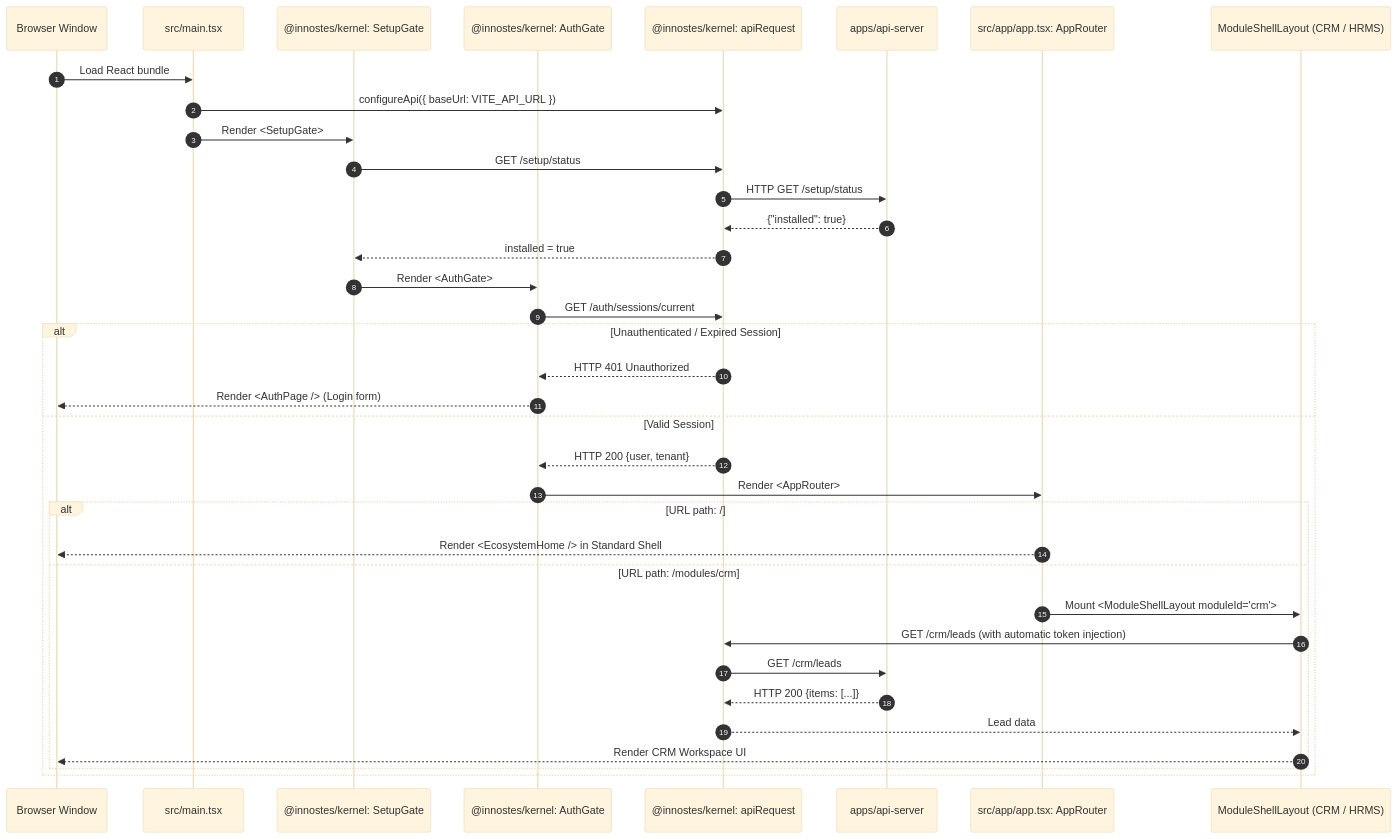
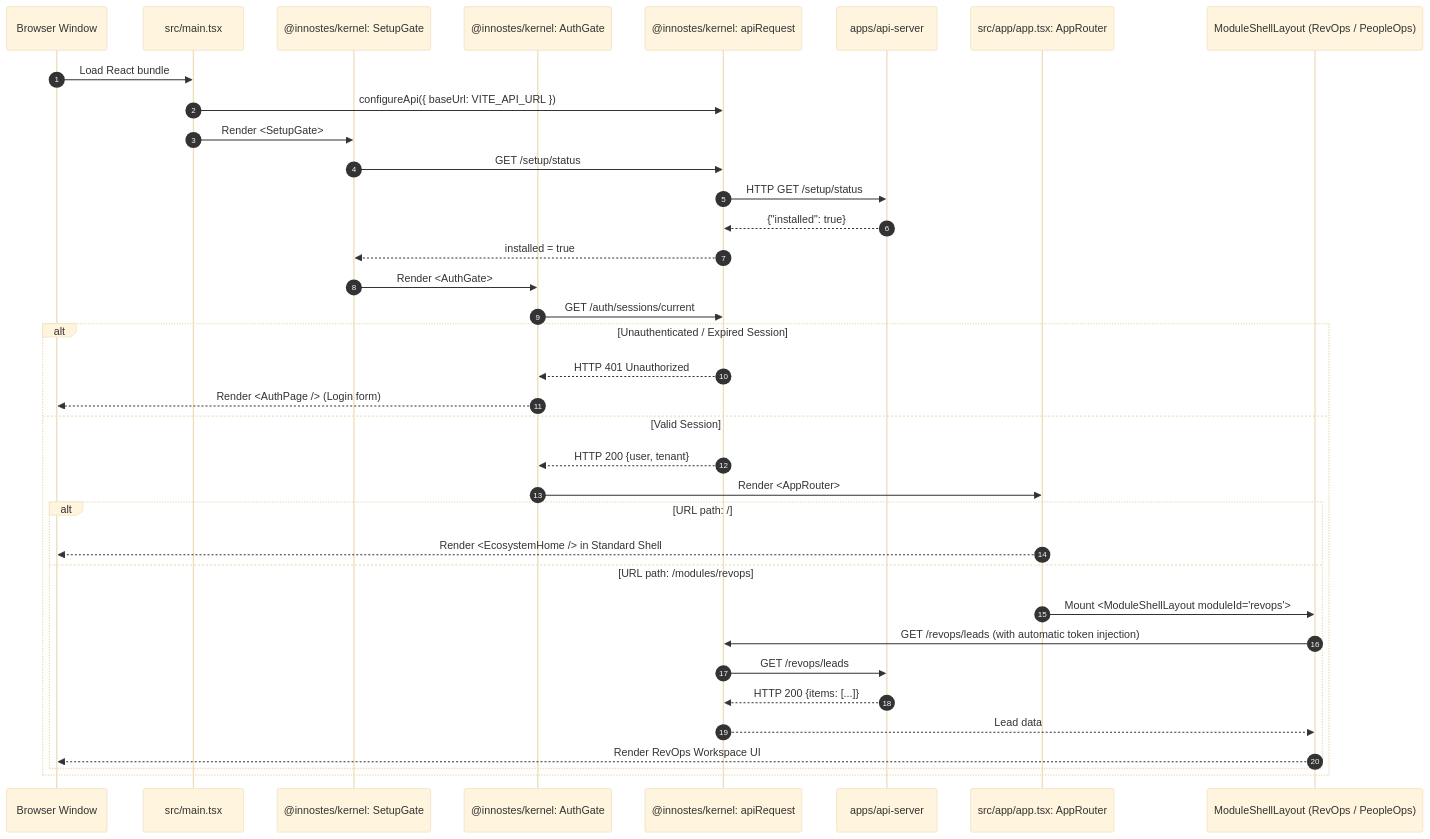
One commit to innostes-dev/erp changed the sixth of 7 diagrams in apps/landing/content/dev-docs/architecture/runtime-view.mdx. Above: the diagram before and after it, drawn with Mermaid (base theme). The commit also changed other lines of this file and 189 other files, not shown here.

Commit message:
feat(modules): adopt hybrid naming convention, implement 7 module dashboards, and remove legacy CRM/HRMS identifiers

````diff
--- a/apps/landing/content/dev-docs/architecture/runtime-view.mdx
+++ b/apps/landing/content/dev-docs/architecture/runtime-view.mdx
@@ -348,43 +348,43 @@
 ```mermaid
 sequenceDiagram
   autonumber
   participant Browser as Browser Window
   participant Main as src/main.tsx
   participant SetupGate as @innostes/kernel: SetupGate
   participant AuthGate as @innostes/kernel: AuthGate
   participant ApiClient as @innostes/kernel: apiRequest
   participant ApiServer as apps/api-server
   participant AppRouter as src/app/app.tsx: AppRouter
-  participant ModuleShell as ModuleShellLayout (CRM / HRMS)
+  participant ModuleShell as ModuleShellLayout (RevOps / PeopleOps)
 
   Browser ->> Main: Load React bundle
   Main ->> ApiClient: configureApi({ baseUrl: VITE_API_URL })
   Main ->> SetupGate: Render <SetupGate>
   
   SetupGate ->> ApiClient: GET /setup/status
   ApiClient ->> ApiServer: HTTP GET /setup/status
   ApiServer -->> ApiClient: {"installed": true}
   ApiClient -->> SetupGate: installed = true
   
   SetupGate ->> AuthGate: Render <AuthGate>
   AuthGate ->> ApiClient: GET /auth/sessions/current
   
   alt Unauthenticated / Expired Session
     ApiClient -->> AuthGate: HTTP 401 Unauthorized
     AuthGate -->> Browser: Render <AuthPage /> (Login form)
   else Valid Session
     ApiClient -->> AuthGate: HTTP 200 {user, tenant}
     AuthGate ->> AppRouter: Render <AppRouter>
     
     alt URL path: /
       AppRouter -->> Browser: Render <EcosystemHome /> in Standard Shell
-    else URL path: /modules/crm
-      AppRouter ->> ModuleShell: Mount <ModuleShellLayout moduleId="crm">
-      ModuleShell ->> ApiClient: GET /crm/leads (with automatic token injection)
-      ApiClient ->> ApiServer: GET /crm/leads
+    else URL path: /modules/revops
+      AppRouter ->> ModuleShell: Mount <ModuleShellLayout moduleId="revops">
+      ModuleShell ->> ApiClient: GET /revops/leads (with automatic token injection)
+      ApiClient ->> ApiServer: GET /revops/leads
       ApiServer -->> ApiClient: HTTP 200 {items: [...]}
       ApiClient -->> ModuleShell: Lead data
-      ModuleShell -->> Browser: Render CRM Workspace UI
+      ModuleShell -->> Browser: Render RevOps Workspace UI
     end
   end
 ```
````
